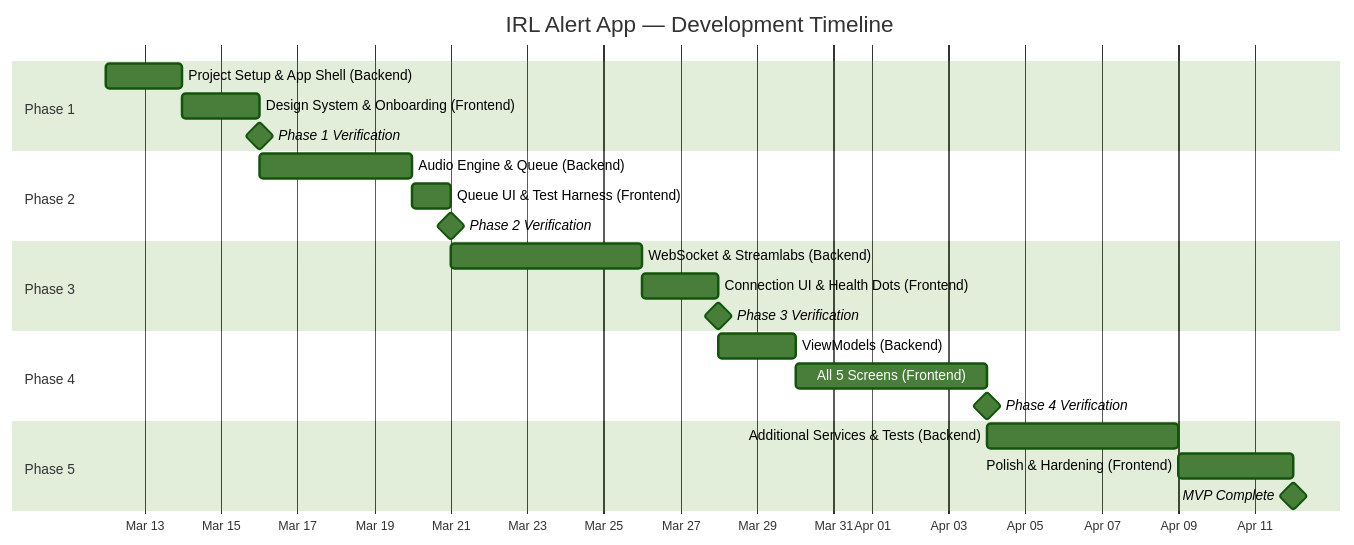
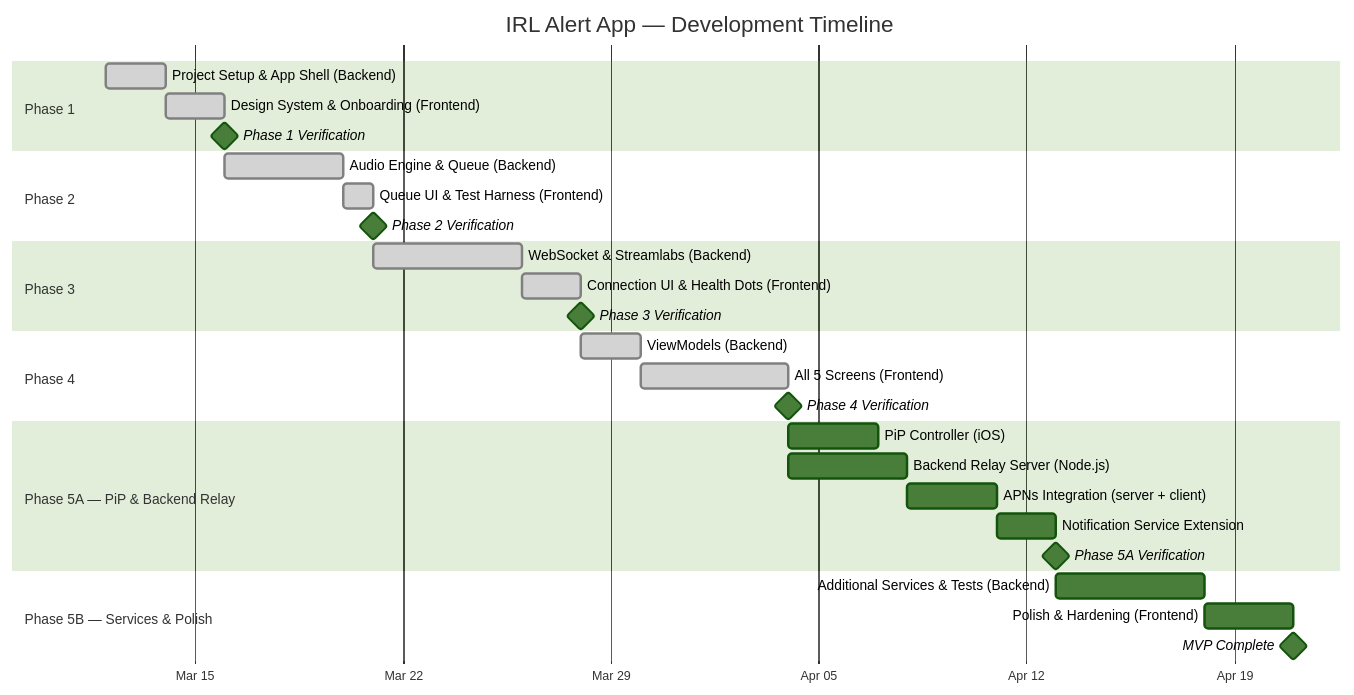
The diagram in IMPLEMENTATION_PLAN.md (zmanasd/sl-irl-app), drawn with Mermaid (forest theme) before and after one commit. The commit also changed other lines of this file and 9 other files, not shown here.

Commit message:
Complete Phase 4 UI and Architecture Recommendations

````diff
--- a/IMPLEMENTATION_PLAN.md
+++ b/IMPLEMENTATION_PLAN.md
@@ -10,31 +13,38 @@
 ```mermaid
 gantt
     title IRL Alert App — Development Timeline
     dateFormat  YYYY-MM-DD
     axisFormat  %b %d
 
     section Phase 1
-    Project Setup & App Shell (Backend)     :p1b, 2026-03-12, 2d
-    Design System & Onboarding (Frontend)   :p1f, after p1b, 2d
+    Project Setup & App Shell (Backend)     :done, p1b, 2026-03-12, 2d
+    Design System & Onboarding (Frontend)   :done, p1f, after p1b, 2d
     Phase 1 Verification                    :milestone, p1v, after p1f, 0d
 
     section Phase 2
-    Audio Engine & Queue (Backend)          :p2b, after p1f, 4d
-    Queue UI & Test Harness (Frontend)      :p2f, after p2b, 1d
+    Audio Engine & Queue (Backend)          :done, p2b, after p1f, 4d
+    Queue UI & Test Harness (Frontend)      :done, p2f, after p2b, 1d
     Phase 2 Verification                    :milestone, p2v, after p2f, 0d
 
     section Phase 3
-    WebSocket & Streamlabs (Backend)        :p3b, after p2f, 5d
-    Connection UI & Health Dots (Frontend)  :p3f, after p3b, 2d
+    WebSocket & Streamlabs (Backend)        :done, p3b, after p2f, 5d
+    Connection UI & Health Dots (Frontend)  :done, p3f, after p3b, 2d
     Phase 3 Verification                    :milestone, p3v, after p3f, 0d
 
     section Phase 4
-    ViewModels (Backend)                    :p4b, after p3f, 2d
-    All 5 Screens (Frontend)               :p4f, after p4b, 5d
+    ViewModels (Backend)                    :done, p4b, after p3f, 2d
+    All 5 Screens (Frontend)               :done, p4f, after p4b, 5d
     Phase 4 Verification                    :milestone, p4v, after p4f, 0d
 
-    section Phase 5
-    Additional Services & Tests (Backend)   :p5b, after p4f, 5d
+    section Phase 5A — PiP & Backend Relay
+    PiP Controller (iOS)                    :p5a1, after p4f, 3d
+    Backend Relay Server (Node.js)          :p5a2, after p4f, 4d
+    APNs Integration (server + client)      :p5a3, after p5a2, 3d
+    Notification Service Extension          :p5a4, after p5a3, 2d
+    Phase 5A Verification                   :milestone, p5av, after p5a4, 0d
+
+    section Phase 5B — Services & Polish
+    Additional Services & Tests (Backend)   :p5b, after p5av, 5d
     Polish & Hardening (Frontend)           :p5f, after p5b, 3d
     MVP Complete                            :milestone, mvp, after p5f, 0d
 ```
````
